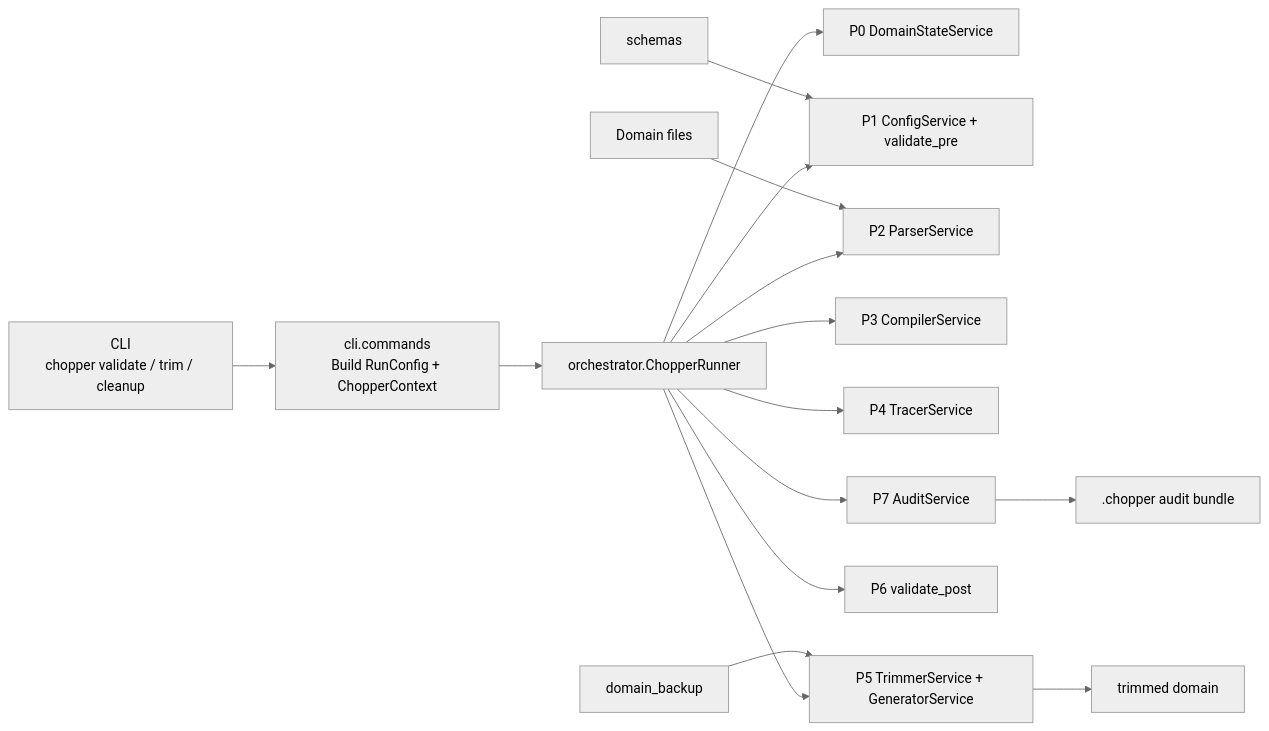
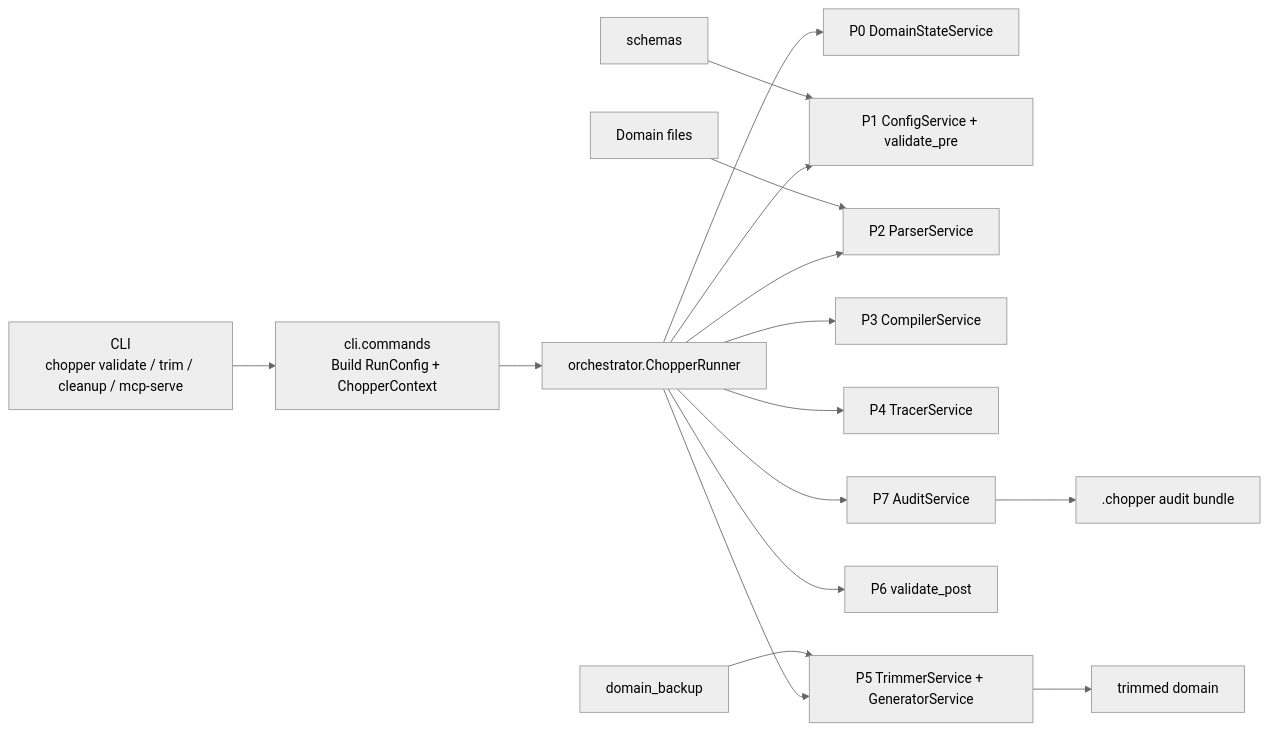
The first of 6 diagrams in doc/IMPLEMENTATION_GUIDE.md (rkudipud/chopper), drawn with Mermaid (neutral theme) before and after one commit. The commit also changed other lines of this file and 22 other files, not shown here.

First line of the commit message:
Refactor scripts to schemas directory and enhance documentation

````diff
--- a/doc/IMPLEMENTATION_GUIDE.md
+++ b/doc/IMPLEMENTATION_GUIDE.md
@@ -36,20 +37,20 @@
 ```mermaid
 flowchart LR
-    CLI["CLI<br/>chopper validate / trim / cleanup"] --> Commands["cli.commands<br/>Build RunConfig + ChopperContext"]
+    CLI["CLI<br/>chopper validate / trim / cleanup / mcp-serve"] --> Commands["cli.commands<br/>Build RunConfig + ChopperContext"]
     Commands --> Runner[orchestrator.ChopperRunner]
 
     Runner --> P0[P0 DomainStateService]
     Runner --> P1["P1 ConfigService + validate_pre"]
     Runner --> P2[P2 ParserService]
     Runner --> P3[P3 CompilerService]
     Runner --> P4[P4 TracerService]
     Runner --> P5["P5 TrimmerService + GeneratorService"]
     Runner --> P6[P6 validate_post]
     Runner --> P7[P7 AuditService]
 
     JsonKit[schemas] --> P1
     Domain[Domain files] --> P2
     Backup[domain_backup] --> P5
     P7 --> Audit[".chopper audit bundle"]
     P5 --> Trimmed[trimmed domain]
 ```
````
